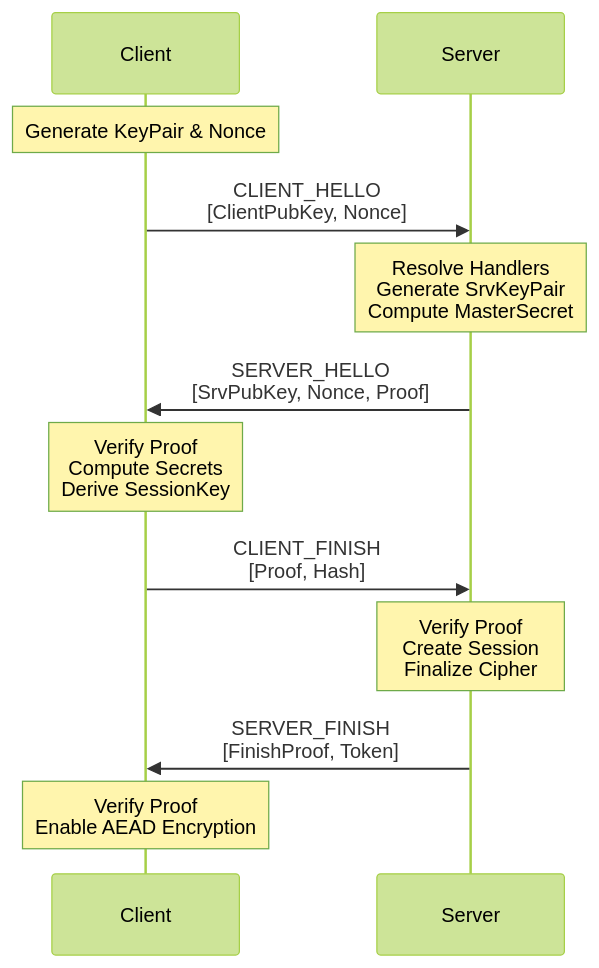
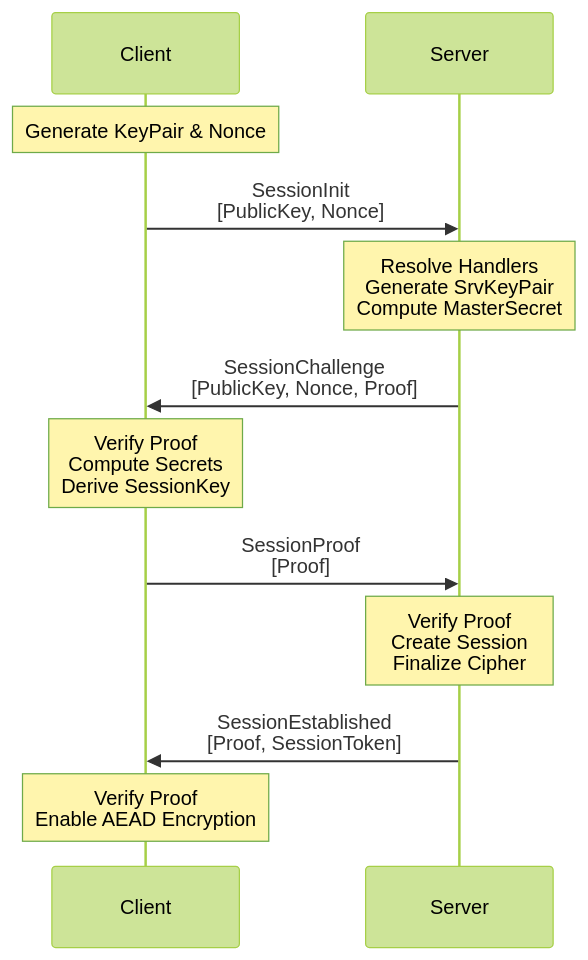
The diagram in docs/concepts/security/handshake-protocol.md (ppn-systems/Nalix), drawn with Mermaid (forest theme) before and after one commit. The commit also changed other lines of this file and 524 other files, not shown here.

````diff
--- a/docs/concepts/security/handshake-protocol.md
+++ b/docs/concepts/security/handshake-protocol.md
@@ -29,23 +32,23 @@
 ```mermaid
 sequenceDiagram
     participant SDK as Client
     participant Srv as Server
 
     Note over SDK: Generate KeyPair & Nonce
     
-    SDK->>Srv: CLIENT_HELLO<br/>[ClientPubKey, Nonce]
+    SDK->>Srv: SessionInit<br/>[PublicKey, Nonce]
     
     Note over Srv: Resolve Handlers<br/>Generate SrvKeyPair<br/>Compute MasterSecret
     
-    Srv->>SDK: SERVER_HELLO<br/>[SrvPubKey, Nonce, Proof]
+    Srv->>SDK: SessionChallenge<br/>[PublicKey, Nonce, Proof]
     
     Note over SDK: Verify Proof<br/>Compute Secrets<br/>Derive SessionKey
     
-    SDK->>Srv: CLIENT_FINISH<br/>[Proof, Hash]
+    SDK->>Srv: SessionProof<br/>[Proof]
     
     Note over Srv: Verify Proof<br/>Create Session<br/>Finalize Cipher
     
-    Srv->>SDK: SERVER_FINISH<br/>[FinishProof, Token]
+    Srv->>SDK: SessionEstablished<br/>[Proof, SessionToken]
     
     Note over SDK: Verify Proof<br/>Enable AEAD Encryption
 ```
````
